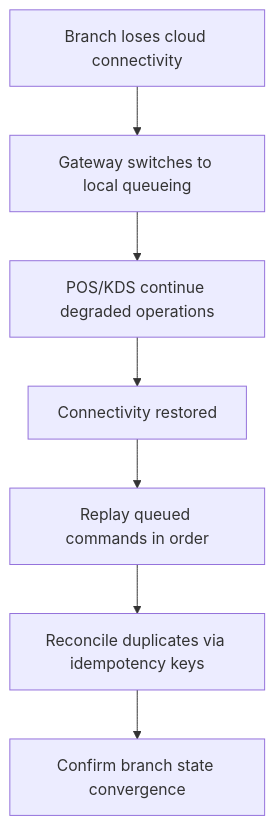
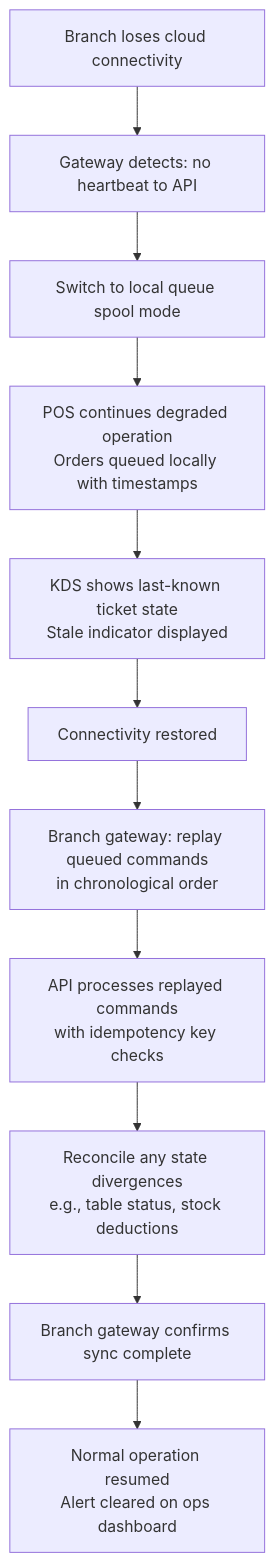
One commit to 0Ankit0/Project-Ideas changed the third of 3 diagrams in Restaurant Management System/infrastructure/deployment-diagram.md. Above: the diagram before and after it, drawn with Mermaid. The commit also changed other lines of this file and 22 other files, not shown here.

````diff
--- a/Restaurant Management System/infrastructure/deployment-diagram.md
+++ b/Restaurant Management System/infrastructure/deployment-diagram.md
@@ -41,9 +393,13 @@
 ```mermaid
 flowchart TD
-    A[Branch loses cloud connectivity] --> B[Gateway switches to local queueing]
-    B --> C[POS/KDS continue degraded operations]
-    C --> D[Connectivity restored]
-    D --> E[Replay queued commands in order]
-    E --> F[Reconcile duplicates via idempotency keys]
-    F --> G[Confirm branch state convergence]
+    A[Branch loses cloud connectivity] --> B[Gateway detects: no heartbeat to API]
+    B --> C[Switch to local queue spool mode]
+    C --> D[POS continues degraded operation\nOrders queued locally with timestamps]
+    D --> E[KDS shows last-known ticket state\nStale indicator displayed]
+    E --> F[Connectivity restored]
+    F --> G[Branch gateway: replay queued commands\nin chronological order]
+    G --> H[API processes replayed commands\nwith idempotency key checks]
+    H --> I[Reconcile any state divergences\ne.g., table status, stock deductions]
+    I --> J[Branch gateway confirms sync complete]
+    J --> K[Normal operation resumed\nAlert cleared on ops dashboard]
 ```
````
